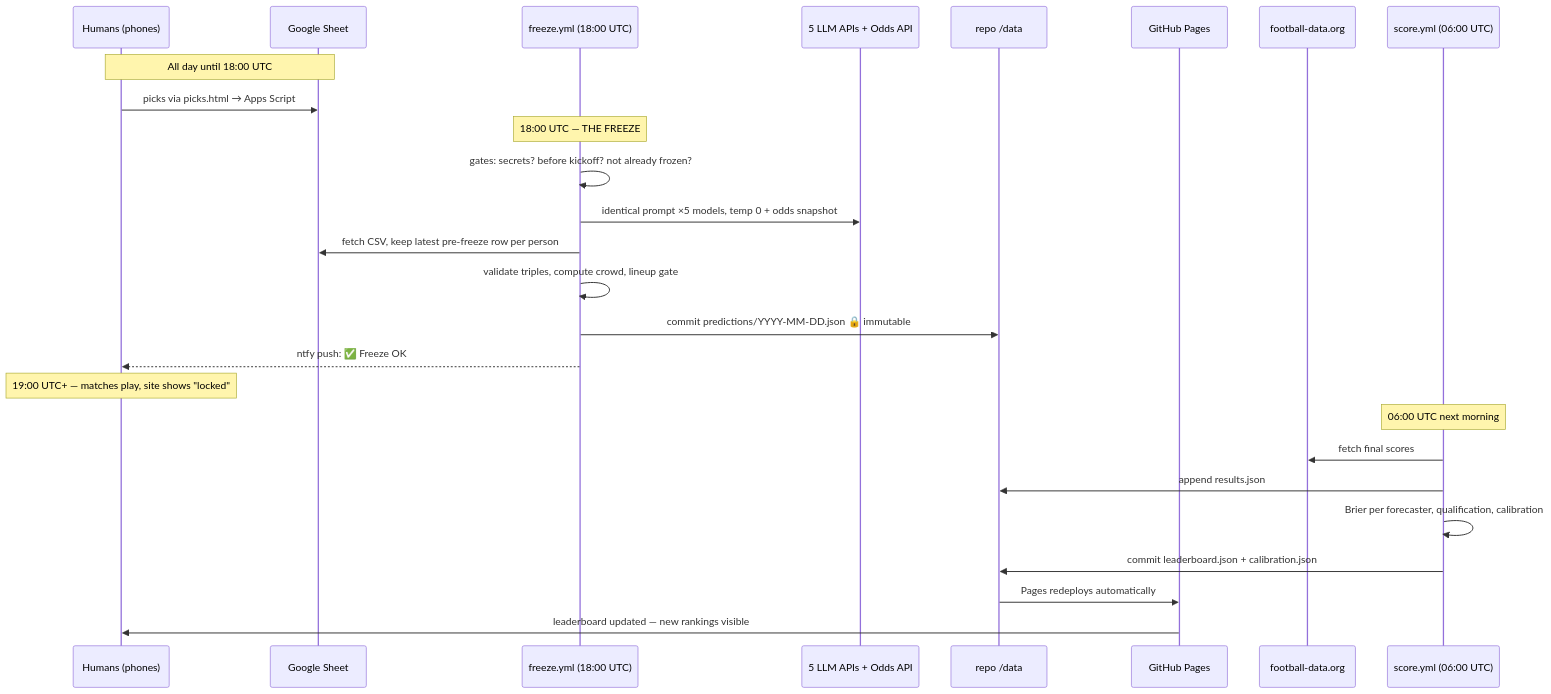
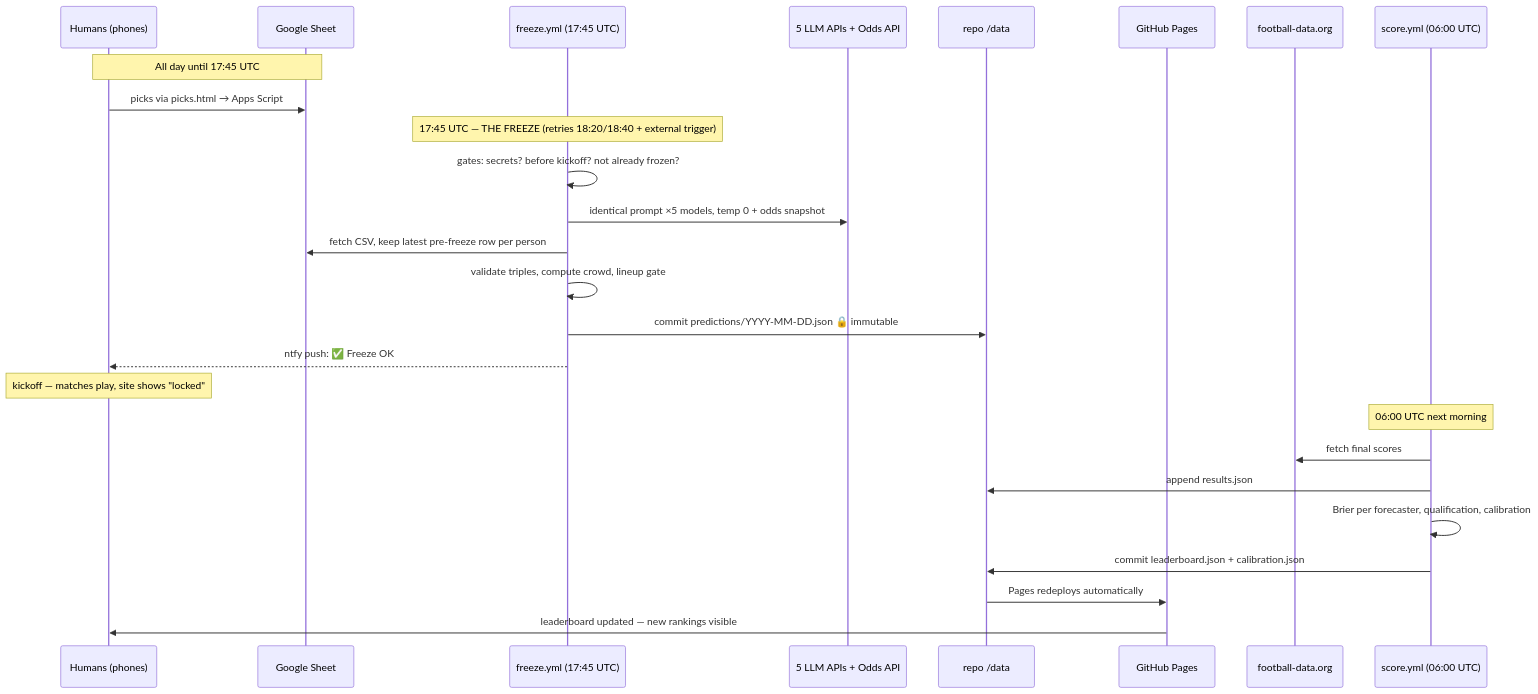
One commit to dakshjagwani/forecasting-arena-wc26 changed the second of 4 diagrams in docs/ARCHITECTURE.md. Above: the diagram before and after it, drawn with Mermaid. The commit also changed other lines of this file and 10 other files, not shown here.

````diff
--- a/docs/ARCHITECTURE.md
+++ b/docs/ARCHITECTURE.md
@@ -74,29 +74,29 @@
 ```mermaid
 sequenceDiagram
     participant H as Humans (phones)
     participant S as Google Sheet
-    participant A as freeze.yml (18:00 UTC)
+    participant A as freeze.yml (17:45 UTC)
     participant L as 5 LLM APIs + Odds API
     participant R as repo /data
     participant P as GitHub Pages
     participant FB as football-data.org
     participant C as score.yml (06:00 UTC)
 
-    Note over H,S: All day until 18:00 UTC
+    Note over H,S: All day until 17:45 UTC
     H->>S: picks via picks.html → Apps Script
-    Note over A: 18:00 UTC — THE FREEZE
+    Note over A: 17:45 UTC — THE FREEZE (retries 18:20/18:40 + external trigger)
     A->>A: gates: secrets? before kickoff? not already frozen?
     A->>L: identical prompt ×5 models, temp 0 + odds snapshot
     A->>S: fetch CSV, keep latest pre-freeze row per person
     A->>A: validate triples, compute crowd, lineup gate
     A->>R: commit predictions/YYYY-MM-DD.json  🔒 immutable
     A-->>H: ntfy push: ✅ Freeze OK
-    Note over H: 19:00 UTC+ — matches play, site shows "locked"
+    Note over H: kickoff — matches play, site shows "locked"
     Note over C: 06:00 UTC next morning
     C->>FB: fetch final scores
     C->>R: append results.json
     C->>C: Brier per forecaster, qualification, calibration
     C->>R: commit leaderboard.json + calibration.json
     R->>P: Pages redeploys automatically
     P->>H: leaderboard updated — new rankings visible
 ```
````
